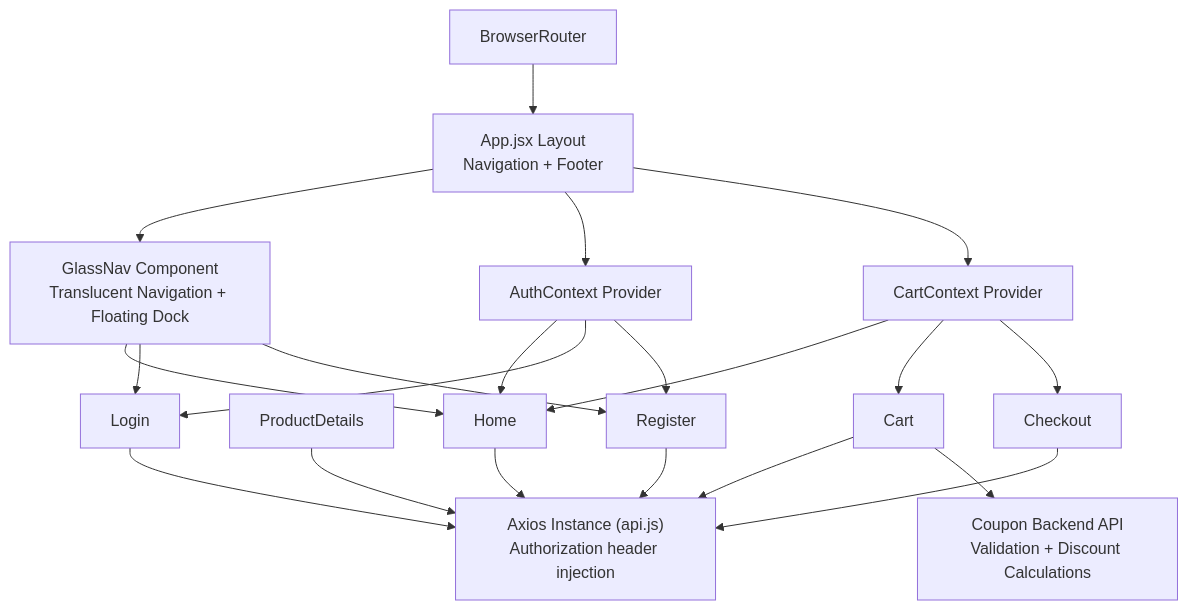
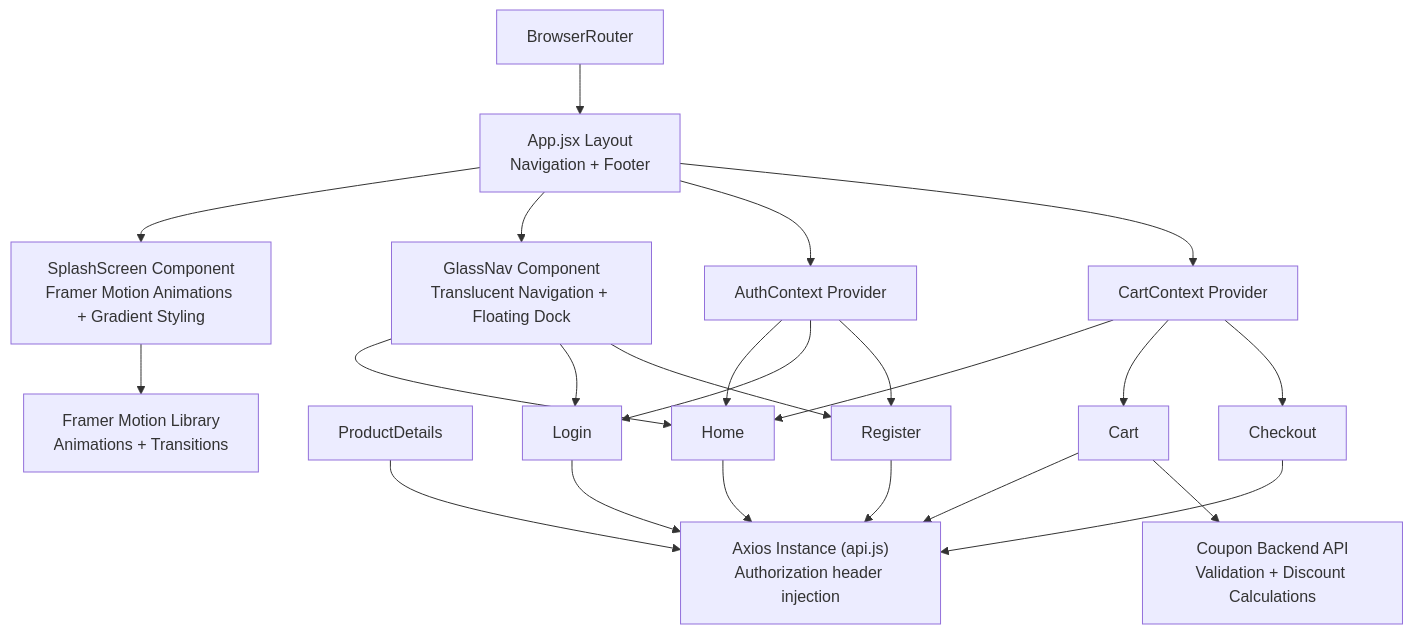
One commit to Pavan-PSPK9032/TrendsandToss changed the second of 8 diagrams in .qoder/repowiki/en/content/Frontend Components & UI/Frontend Components & UI.md. Above: the diagram before and after it, drawn with Mermaid. The commit also changed other lines of this file and 5 other files, not shown here.

````diff
--- a/.qoder/repowiki/en/content/Frontend Components & UI/Frontend Components & UI.md
+++ b/.qoder/repowiki/en/content/Frontend Components & UI/Frontend Components & UI.md
@@ -156,36 +165,40 @@
 ```mermaid
 graph TB
 ROUTER["BrowserRouter"]
 GLASS_NAV["GlassNav Component<br/>Translucent Navigation + Floating Dock"]
+SPASH_SCREEN["SplashScreen Component<br/>Framer Motion Animations + Gradient Styling"]
 LAYOUT["App.jsx Layout<br/>Navigation + Footer"]
 AUTHCTX["AuthContext Provider"]
 CARTCTX["CartContext Provider"]
 HOME["Home"]
 PDETAILS["ProductDetails"]
 CART["Cart"]
 CHECKOUT["Checkout"]
 LOGIN["Login"]
 REGISTER["Register"]
 API["Axios Instance (api.js)<br/>Authorization header injection"]
 COUPON_BACKEND["Coupon Backend API<br/>Validation + Discount Calculations"]
+FRAMER_MOTION["Framer Motion Library<br/>Animations + Transitions"]
 ROUTER --> LAYOUT
+LAYOUT --> SPASH_SCREEN
 LAYOUT --> GLASS_NAV
 LAYOUT --> AUTHCTX
 LAYOUT --> CARTCTX
+SPASH_SCREEN --> FRAMER_MOTION
 GLASS_NAV --> HOME
 GLASS_NAV --> LOGIN
 GLASS_NAV --> REGISTER
 AUTHCTX --> HOME
 AUTHCTX --> LOGIN
 AUTHCTX --> REGISTER
 CARTCTX --> HOME
 CARTCTX --> CART
 CARTCTX --> CHECKOUT
 HOME --> API
 PDETAILS --> API
 CART --> API
 CHECKOUT --> API
 LOGIN --> API
 REGISTER --> API
 CART --> COUPON_BACKEND
 ```
````
